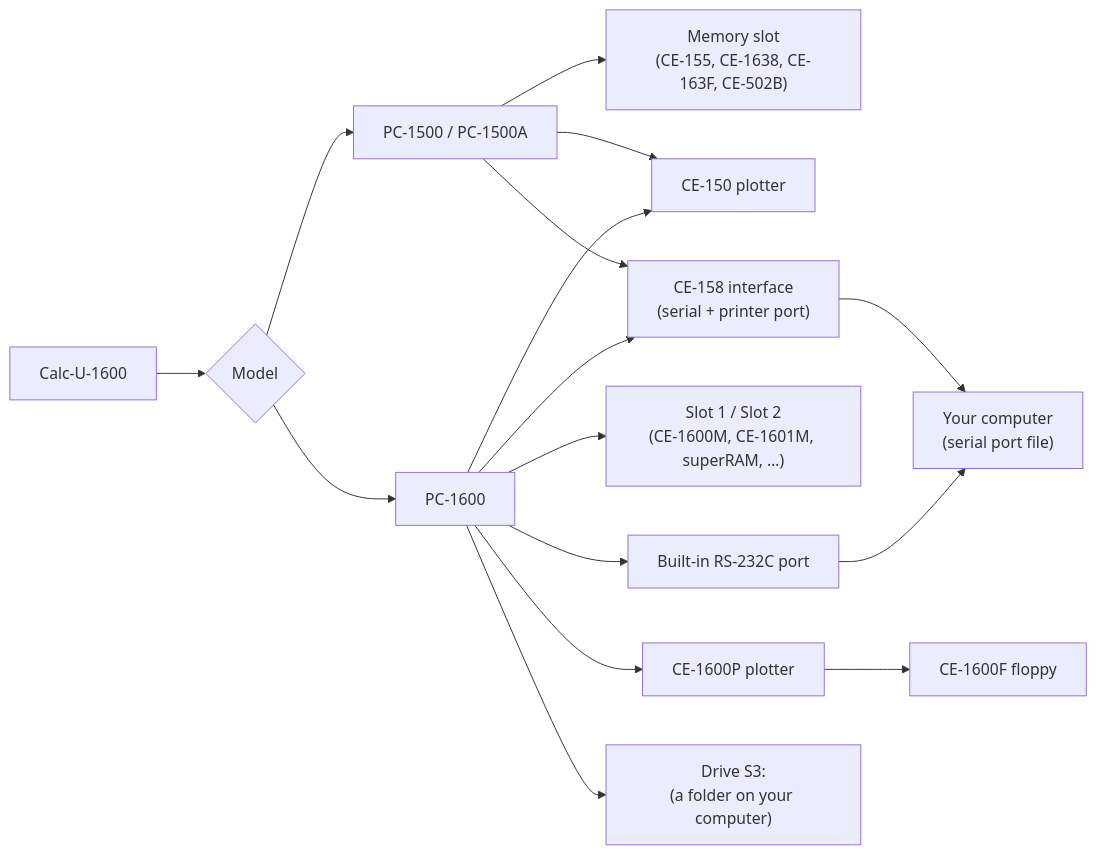
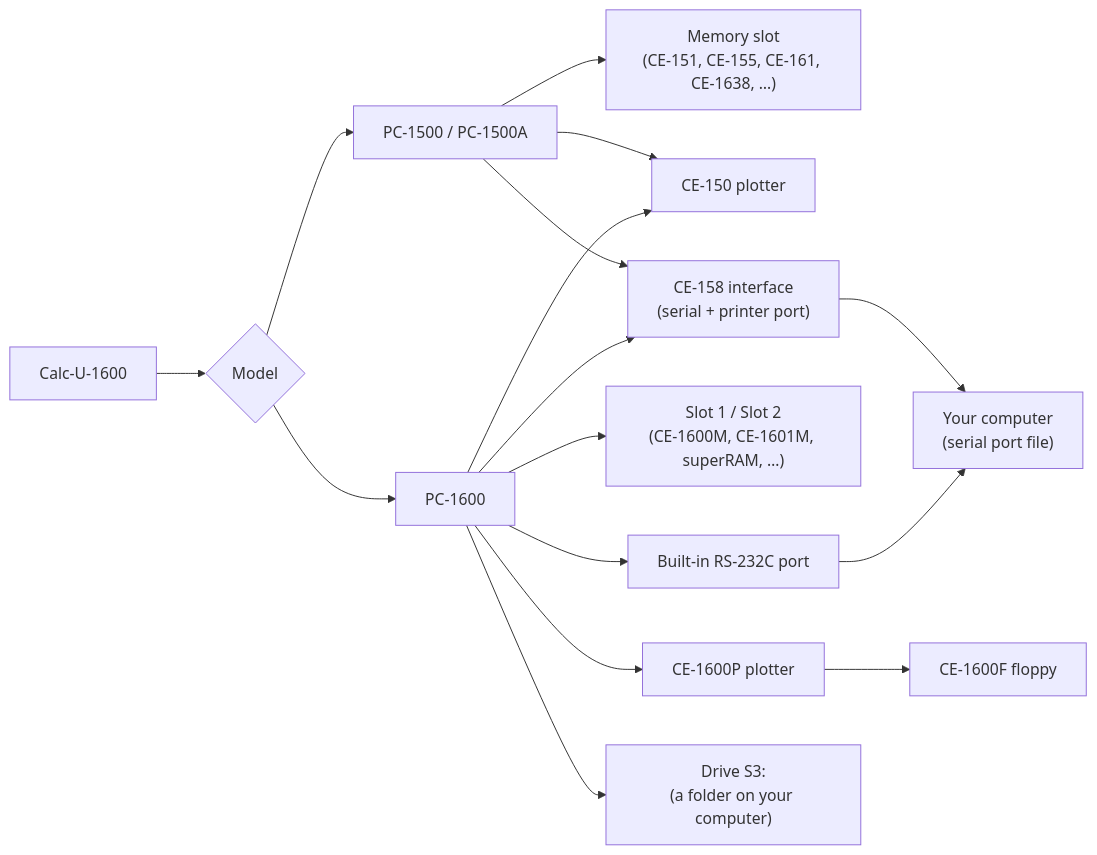
One commit to tinue/Calc-U-1600 changed the first of 8 diagrams in docs/User-Guide.md. Above: the diagram before and after it, drawn with Mermaid. The commit also changed other lines of this file and 212 other files, not shown here.

````diff
--- a/docs/User-Guide.md
+++ b/docs/User-Guide.md
@@ -39,17 +39,17 @@
 ```mermaid
 flowchart LR
     App["Calc-U-1600"] --> Model{"Model"}
     Model --> P15["PC-1500 / PC-1500A"]
     Model --> P16["PC-1600"]
-    P15 --> S["Memory slot<br/>(CE-155, CE-1638, CE-163F, CE-502B)"]
+    P15 --> S["Memory slot<br/>(CE-151, CE-155, CE-161, CE-1638, …)"]
     P15 --> C150["CE-150 plotter"]
     P15 --> C158["CE-158 interface<br/>(serial + printer port)"]
     P16 --> S1["Slot 1 / Slot 2<br/>(CE-1600M, CE-1601M, superRAM, …)"]
     P16 --> C16P["CE-1600P plotter"] --> C16F["CE-1600F floppy"]
     P16 --> C150
     P16 --> C158
     P16 --> COM["Built-in RS-232C port"]
     P16 --> S3["Drive S3:<br/>(a folder on your computer)"]
     C158 --> Host["Your computer<br/>(serial port file)"]
     COM --> Host
 ```
````
